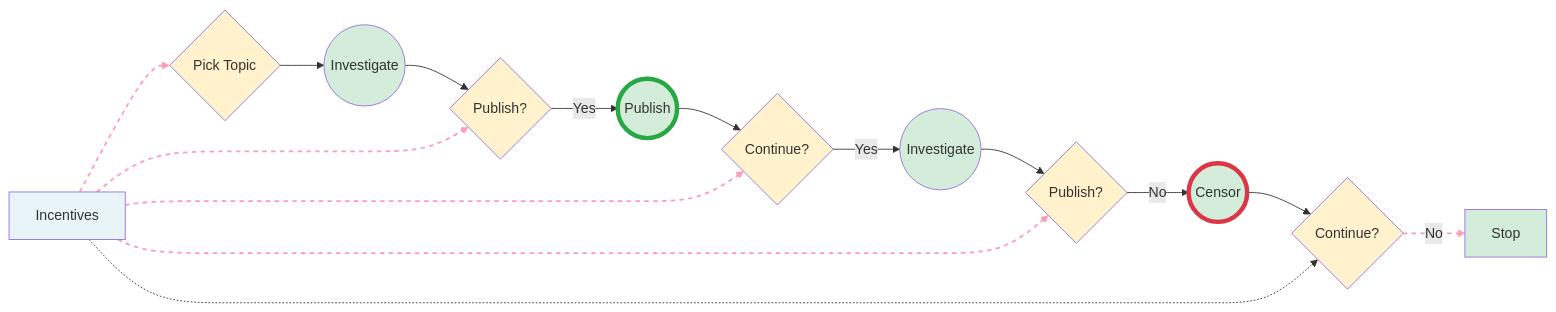
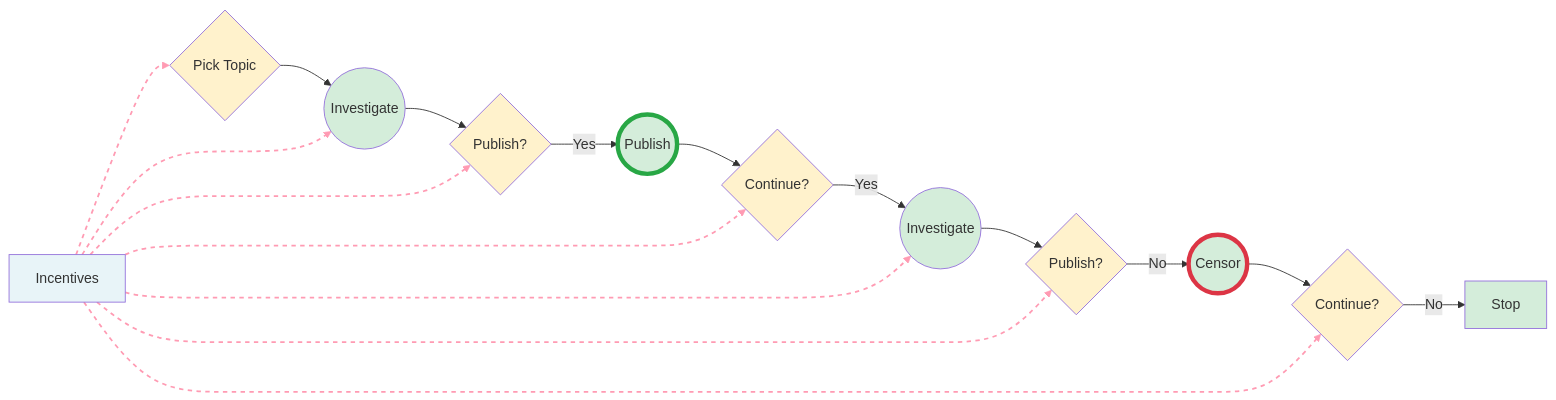
One commit to cottrell/notes changed the fifth of 5 diagrams in _drafts/2025-09-24-ioannidis-process.md. Above: the diagram before and after it, drawn with Mermaid. The commit also changed other lines of this file, not shown here.

```diff
--- a/_drafts/2025-09-24-ioannidis-process.md
+++ b/_drafts/2025-09-24-ioannidis-process.md
@@ -182,38 +194,42 @@
 {% mermaid %}
 graph LR
     I[Incentives] -.-> T{Pick Topic}
     T --> W1((Investigate))
     W1 --> D1{Publish?}
     D1 -->|Yes| P((Publish))
     P --> C1{Continue?}
     C1 -->|Yes| W2((Investigate))
     W2 --> D2{Publish?}
     D2 -->|No| H((Censor))
     H --> C2{Continue?}
     C2 -->|No| Stop[Stop]
 
+    I -.-> W1
     I -.-> D1
     I -.-> C1
+    I -.-> W2
     I -.-> D2
     I -.-> C2
 
     %% Causal link styling
     linkStyle 0 stroke:#ff9bb3,stroke-width:2px,stroke-dasharray: 5 5
-    linkStyle 9 stroke:#ff9bb3,stroke-width:2px,stroke-dasharray: 5 5
     linkStyle 10 stroke:#ff9bb3,stroke-width:2px,stroke-dasharray: 5 5
     linkStyle 11 stroke:#ff9bb3,stroke-width:2px,stroke-dasharray: 5 5
     linkStyle 12 stroke:#ff9bb3,stroke-width:2px,stroke-dasharray: 5 5
+    linkStyle 13 stroke:#ff9bb3,stroke-width:2px,stroke-dasharray: 5 5
+    linkStyle 14 stroke:#ff9bb3,stroke-width:2px,stroke-dasharray: 5 5
+    linkStyle 15 stroke:#ff9bb3,stroke-width:2px,stroke-dasharray: 5 5
 
     %% Styling
     classDef process fill:#e8f4f8
     classDef decision fill:#fff2cc
     classDef outcome fill:#d4edda
     classDef broadcast fill:#d4edda,stroke:#28a745,stroke-width:5px
     classDef censor fill:#d4edda,stroke:#dc3545,stroke-width:5px
 
     class I process
     class T,D1,C1,D2,C2 decision
     class W1,W2,Stop outcome
     class P broadcast
     class H censor
 {% endmermaid %}
```
